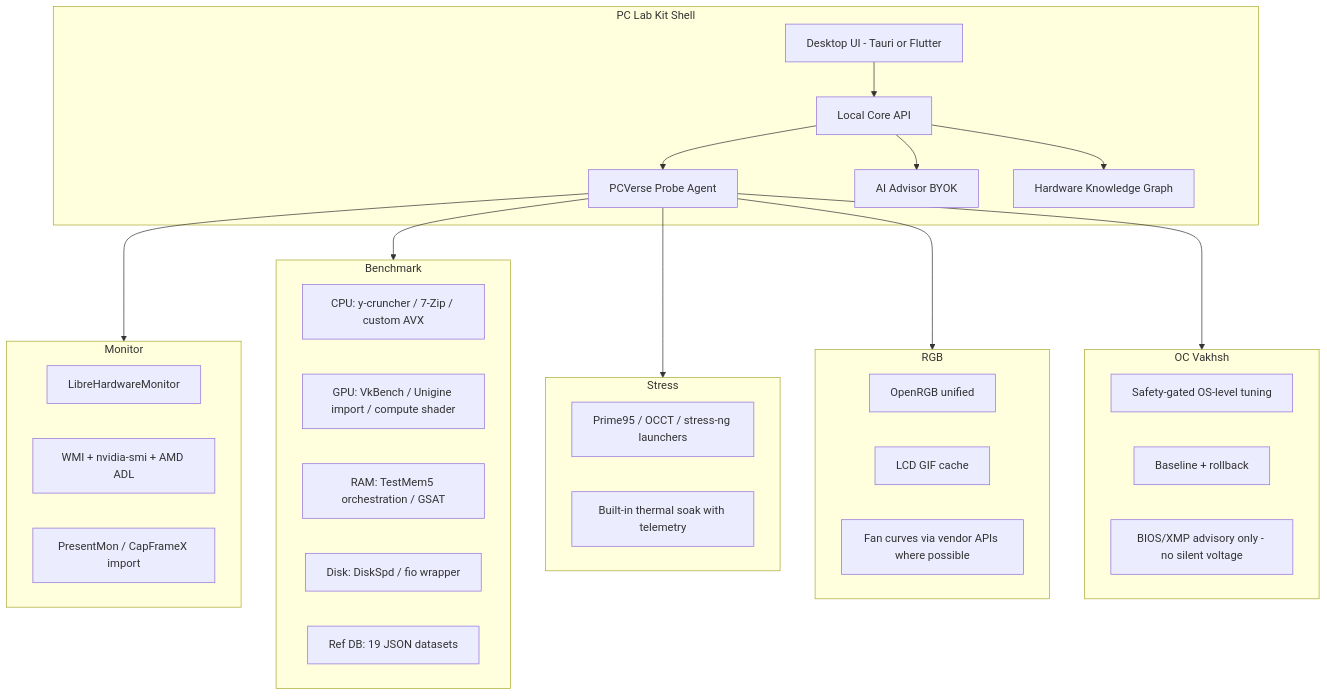
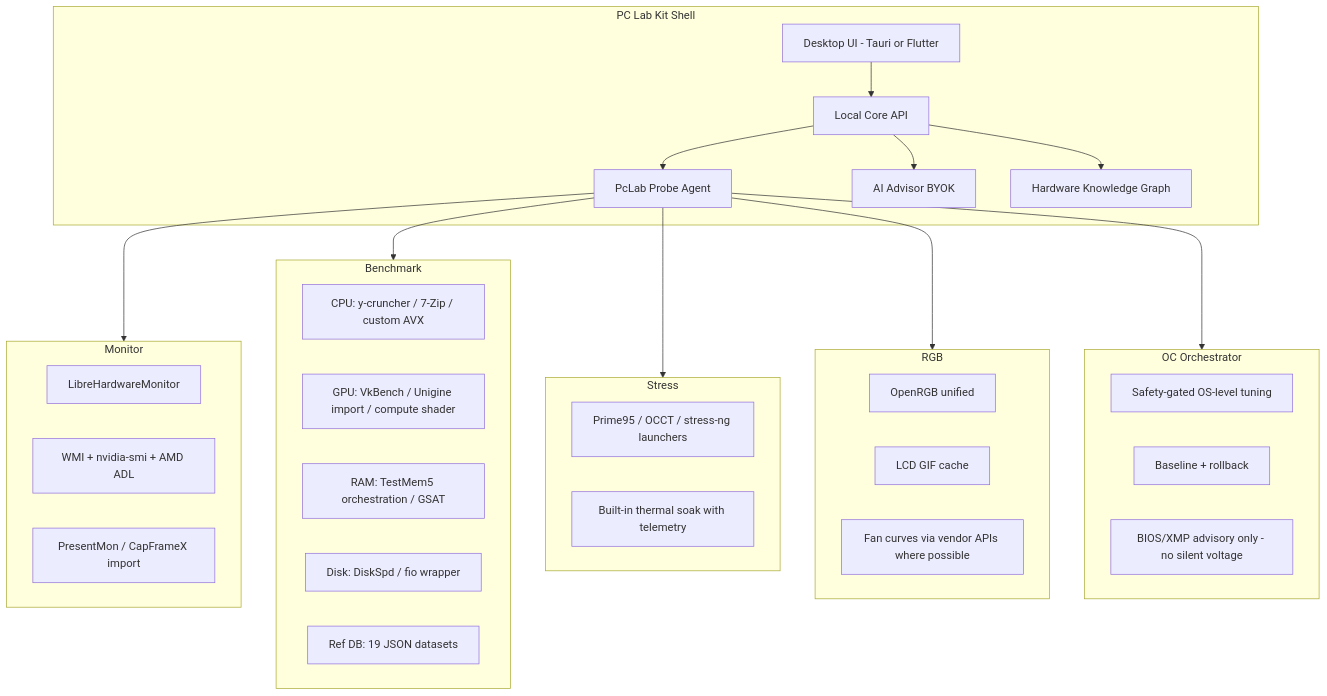
One commit to drmikecrypto/pc-lab-kit changed the diagram in docs/MASTER_PLAN.md. Above: the diagram before and after it, drawn with Mermaid. The commit also changed other lines of this file and 204 other files, not shown here.

````diff
--- a/docs/MASTER_PLAN.md
+++ b/docs/MASTER_PLAN.md
@@ -144,51 +144,51 @@
 ```mermaid
 flowchart TB
     subgraph shell [PC Lab Kit Shell]
         UI[Desktop UI - Tauri or Flutter]
         CORE[Local Core API]
-        AGENT[PCVerse Probe Agent]
+        AGENT[PcLab Probe Agent]
         AI[AI Advisor BYOK]
         KG[Hardware Knowledge Graph]
     end
 
     subgraph mod1 [Monitor]
         M1[LibreHardwareMonitor]
         M2[WMI + nvidia-smi + AMD ADL]
         M3[PresentMon / CapFrameX import]
     end
 
     subgraph mod2 [Benchmark]
         B1[CPU: y-cruncher / 7-Zip / custom AVX]
         B2[GPU: VkBench / Unigine import / compute shader]
         B3[RAM: TestMem5 orchestration / GSAT]
         B4[Disk: DiskSpd / fio wrapper]
         B5[Ref DB: 19 JSON datasets]
     end
 
     subgraph mod3 [Stress]
         S1[Prime95 / OCCT / stress-ng launchers]
         S2[Built-in thermal soak with telemetry]
     end
 
     subgraph mod4 [RGB]
         R1[OpenRGB unified]
         R2[LCD GIF cache]
         R3[Fan curves via vendor APIs where possible]
     end
 
-    subgraph mod5 [OC Vakhsh]
+    subgraph mod5 [OC Orchestrator]
         O1[Safety-gated OS-level tuning]
         O2[Baseline + rollback]
         O3[BIOS/XMP advisory only - no silent voltage]
     end
 
     UI --> CORE
     CORE --> AGENT
     CORE --> AI
     CORE --> KG
     AGENT --> mod1
     AGENT --> mod2
     AGENT --> mod3
     AGENT --> mod4
     AGENT --> mod5
 ```
````
